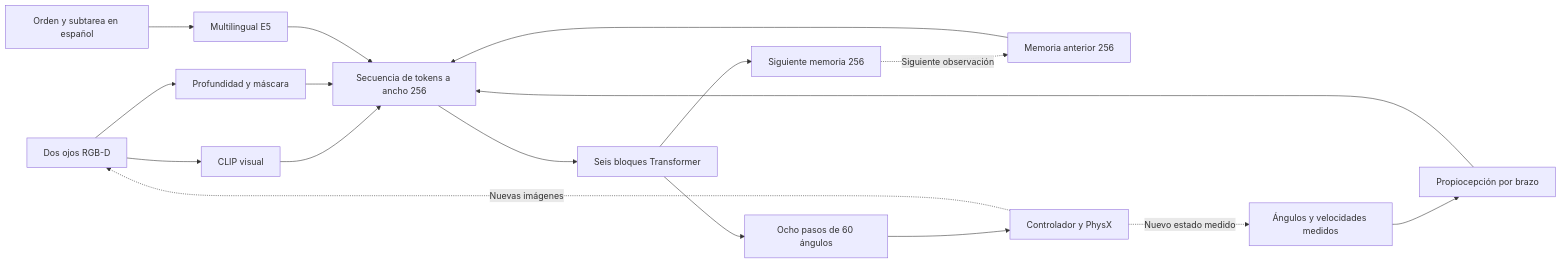
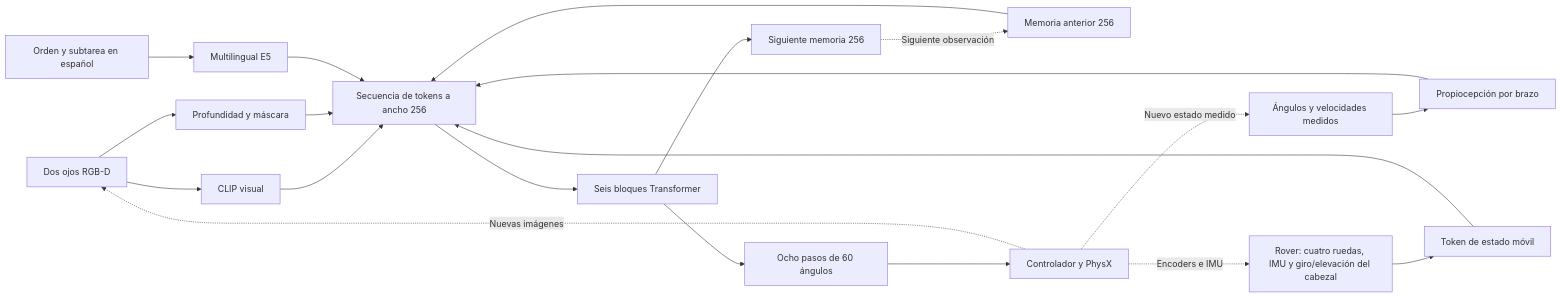
One commit to prel2014/AIGROROBOT changed the second of 2 diagrams in docs/architecture.md. Above: the diagram before and after it, drawn with Mermaid. The commit also changed other lines of this file and 28 other files, not shown here.

````diff
--- a/docs/architecture.md
+++ b/docs/architecture.md
@@ -25,19 +25,22 @@
 ```mermaid
 flowchart LR
     eyes["Dos ojos RGB-D"] --> clip["CLIP visual"]
     eyes --> depth["Profundidad y máscara"]
     instruction["Orden y subtarea en español"] --> text["Multilingual E5"]
     joints["Ángulos y velocidades medidos"] --> proprio["Propiocepción por brazo"]
+    rover["Rover: cuatro ruedas, IMU y giro/elevación del cabezal"] --> mobile["Token de estado móvil"]
     clip --> fusion["Secuencia de tokens a ancho 256"]
     depth --> fusion
     text --> fusion
     proprio --> fusion
+    mobile --> fusion
     previous["Memoria anterior 256"] --> fusion
     fusion --> transformer["Seis bloques Transformer"]
     transformer --> angles["Ocho pasos de 60 ángulos"]
     transformer --> nextMemory["Siguiente memoria 256"]
     nextMemory -.->|"Siguiente observación"| previous
     angles --> sim["Controlador y PhysX"]
     sim -.->|"Nuevas imágenes"| eyes
     sim -.->|"Nuevo estado medido"| joints
+    sim -.->|"Encoders e IMU"| rover
 ```
````
